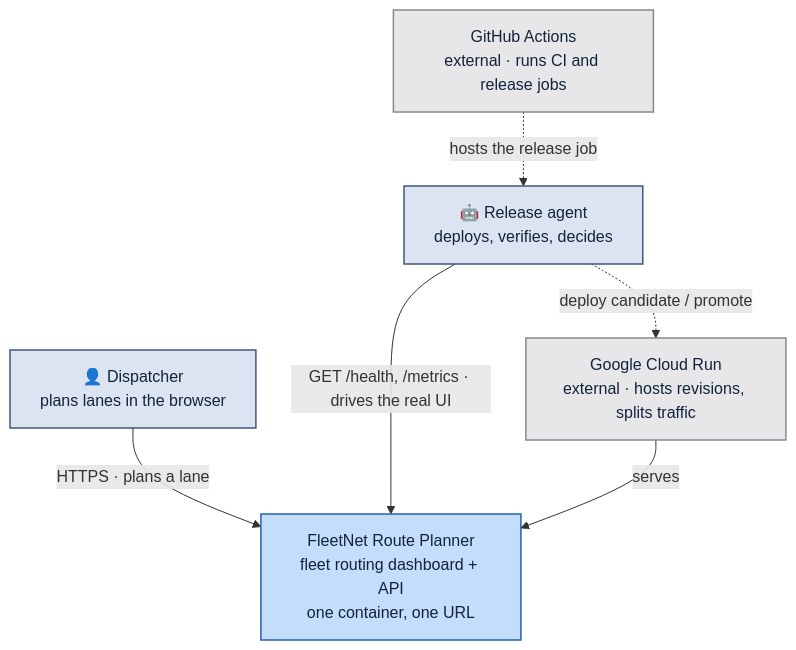
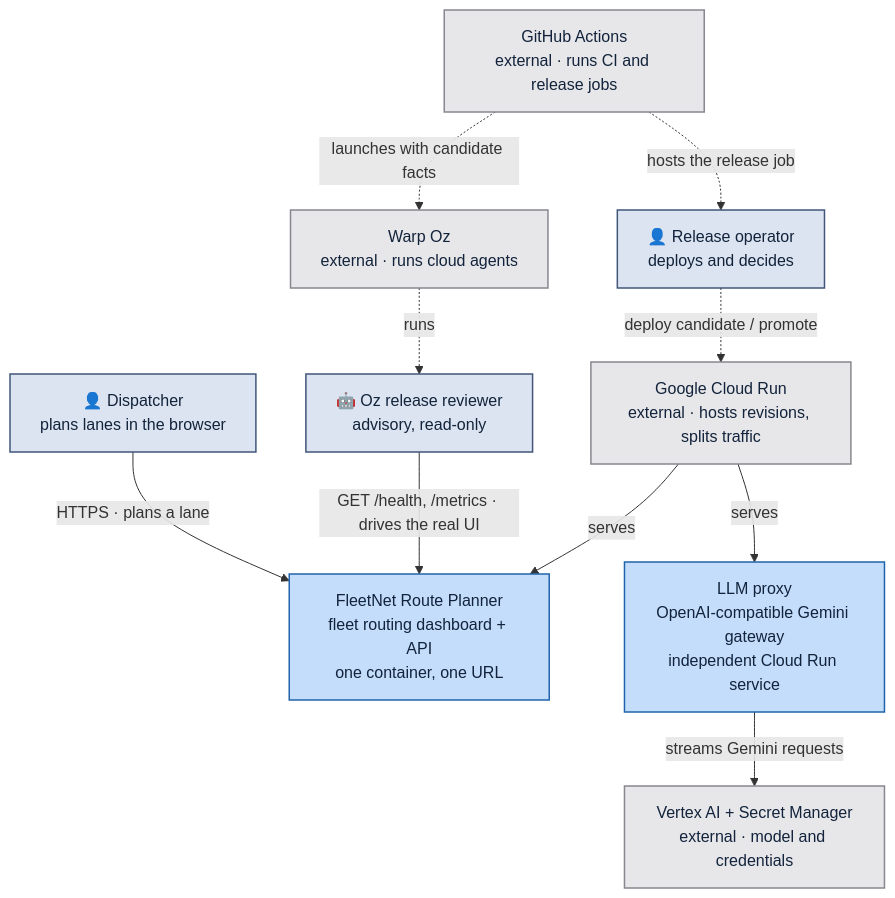
The second of 7 diagrams in ARCHITECTURE.md (TryHarder01/release-agent-demo), drawn with Mermaid before and after one commit. The commit also changed other lines of this file, not shown here.

First line of the commit message:
Refresh ARCHITECTURE.md: add LLM proxy and Oz release-readiness review

````diff
--- a/ARCHITECTURE.md
+++ b/ARCHITECTURE.md
@@ -76,23 +77,31 @@
 ```mermaid
 flowchart TB
     dispatcher["👤 Dispatcher\nplans lanes in the browser"]
-    agent["🤖 Release agent\ndeploys, verifies, decides"]
+    operator["👤 Release operator\ndeploys and decides"]
+    agent["🤖 Oz release reviewer\nadvisory, read-only"]
 
     fleetnet["FleetNet Route Planner\nfleet routing dashboard + API\none container, one URL"]
+    proxy["LLM proxy\nOpenAI-compatible Gemini gateway\nindependent Cloud Run service"]
 
     gha["GitHub Actions\nexternal · runs CI and release jobs"]
+    oz["Warp Oz\nexternal · runs cloud agents"]
     run["Google Cloud Run\nexternal · hosts revisions, splits traffic"]
+    vertex["Vertex AI + Secret Manager\nexternal · model and credentials"]
 
     dispatcher -->|"HTTPS · plans a lane"| fleetnet
     agent -->|"GET /health, /metrics · drives the real UI"| fleetnet
-    agent -.->|"deploy candidate / promote"| run
-    gha -.->|"hosts the release job"| agent
+    operator -.->|"deploy candidate / promote"| run
+    gha -.->|"hosts the release job"| operator
+    gha -.->|"launches with candidate facts"| oz
+    oz -.->|"runs"| agent
+    proxy -->|"streams Gemini requests"| vertex
     run -->|"serves"| fleetnet
+    run -->|"serves"| proxy
 
     classDef actor    fill:#dbe4f0,stroke:#41567a,stroke-width:1.5px,color:#12233b
     classDef owned    fill:#c3ddfb,stroke:#2264ab,stroke-width:1.5px,color:#12233b
     classDef external fill:#e7e7ea,stroke:#87878f,stroke-width:1.5px,color:#12233b
-    class dispatcher,agent actor
-    class fleetnet owned
-    class gha,run external
+    class dispatcher,operator,agent actor
+    class fleetnet,proxy owned
+    class gha,oz,run,vertex external
 ```
````
